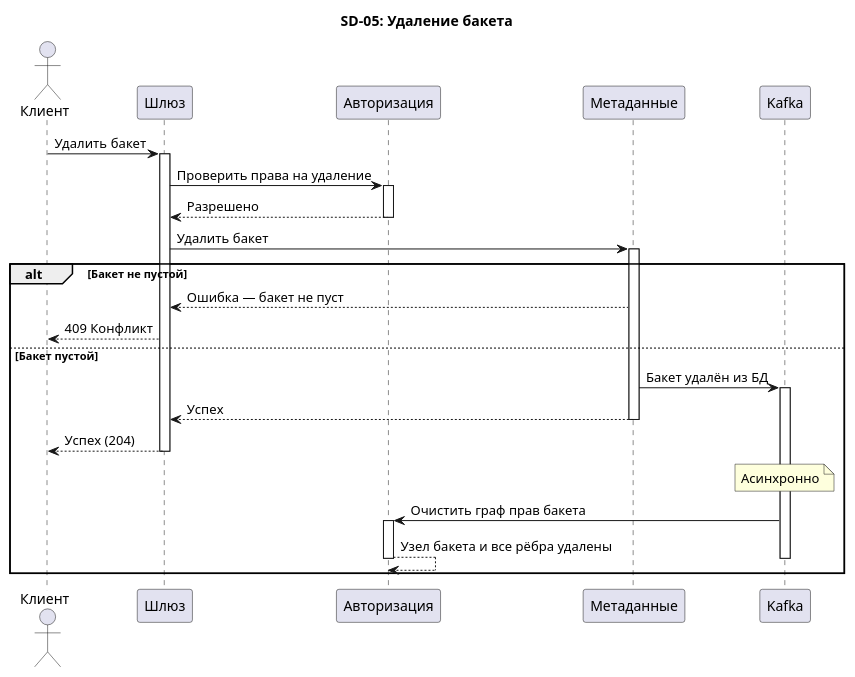
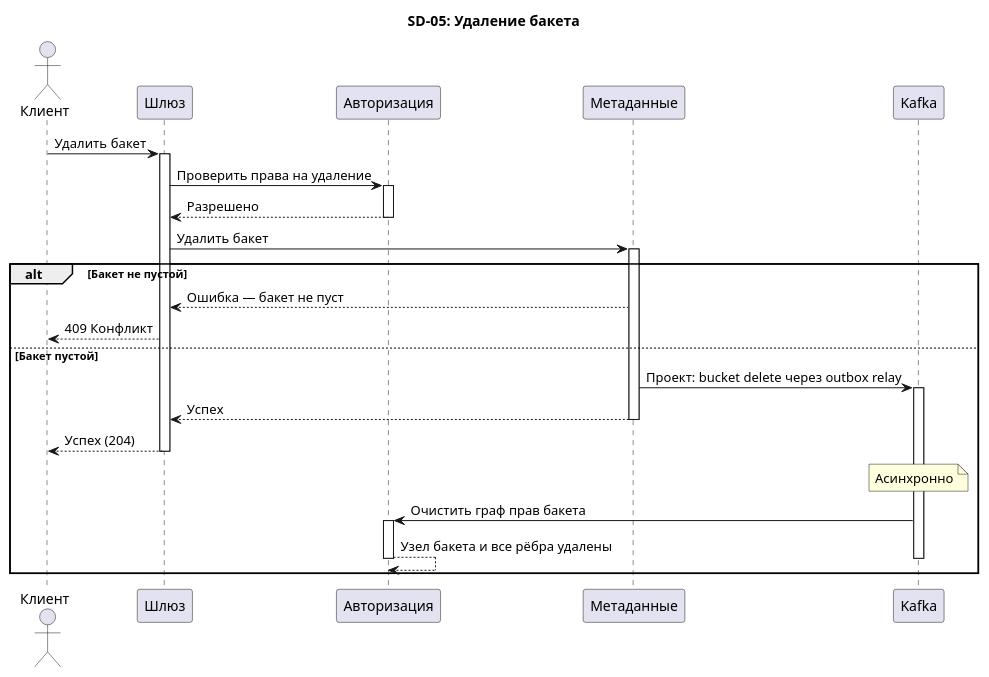
Before and after one commit to alesplll/opens3-rebac: the fifth of 16 diagrams in docs/sequence_diagrams.md, drawn with PlantUML. The commit also changed other lines of this file and 21 other files, not shown here.

````diff
--- a/docs/sequence_diagrams.md
+++ b/docs/sequence_diagrams.md
@@ -187,42 +188,42 @@
 ```plantuml
 @startuml SD-05-DeleteBucket
 title SD-05: Удаление бакета
 
 actor       "Клиент"   as Client
 participant "Шлюз"     as GW
 participant "Авторизация" as AZ
 participant "Метаданные" as MD
 participant "Kafka"    as KF
 
 Client -> GW : Удалить бакет
 activate GW
 
 GW -> AZ : Проверить права на удаление
 activate AZ
 AZ --> GW : Разрешено
 deactivate AZ
 
 GW -> MD : Удалить бакет
 activate MD
 
 alt Бакет не пустой
   MD --> GW : Ошибка — бакет не пуст
   GW --> Client : 409 Конфликт
 else Бакет пустой
-  MD -> KF : Бакет удалён из БД
+  MD -> KF : Проект: bucket delete через outbox relay
   activate KF
   MD --> GW : Успех
   deactivate MD
   GW --> Client : Успех (204)
   deactivate GW
 
   note over KF : Асинхронно
   KF -> AZ : Очистить граф прав бакета
   activate AZ
   AZ --> AZ : Узел бакета и все рёбра удалены
   deactivate AZ
   deactivate KF
 end
 
 @enduml
 ```
````
